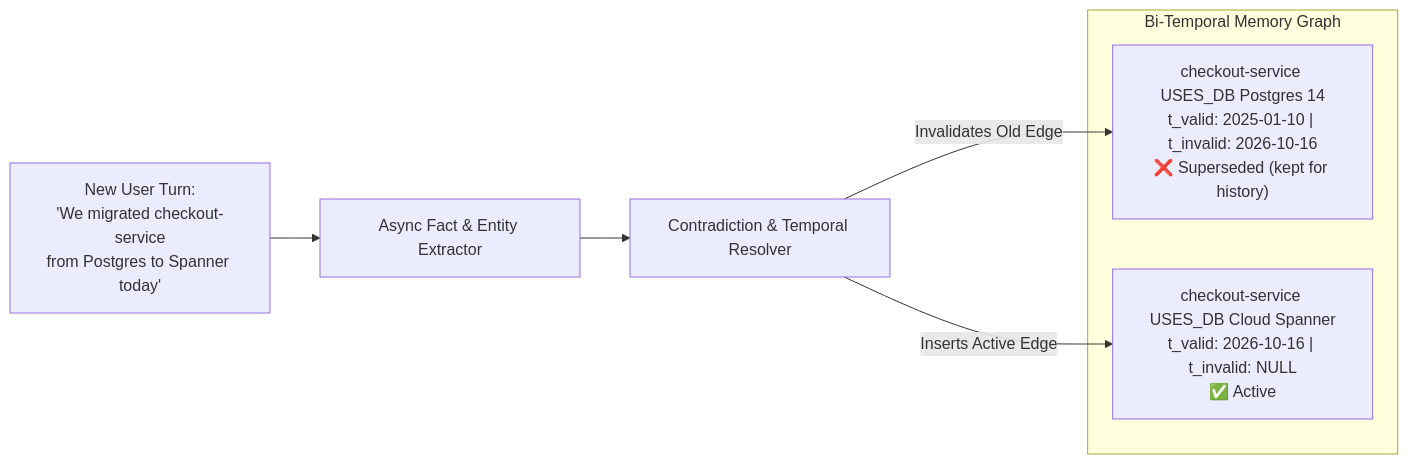
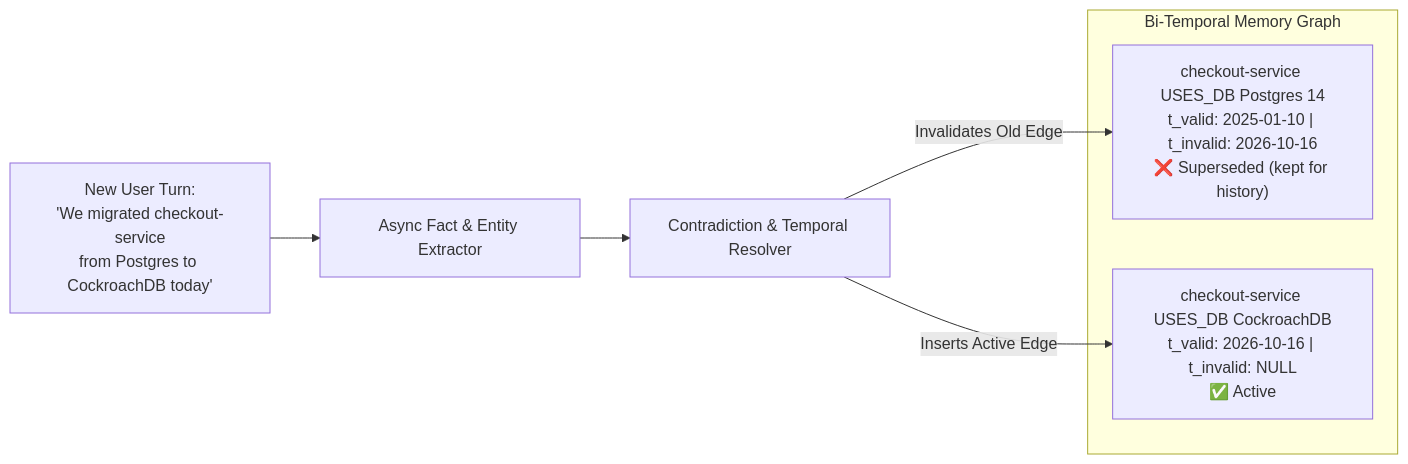
Before and after one commit to Rajdipc/agentic-ai-orchestration-patterns: the second of 2 diagrams in chapter-11-context-engineering-and-long-term-memory.md, drawn with Mermaid. The commit also changed other lines of this file and 18 other files, not shown here.

````diff
--- a/chapter-11-context-engineering-and-long-term-memory.md
+++ b/chapter-11-context-engineering-and-long-term-memory.md
@@ -166,13 +166,13 @@
 ```mermaid
 flowchart LR
-    Turn["New User Turn:<br/>'We migrated checkout-service<br/>from Postgres to Spanner today'"] --> Extractor["Async Fact & Entity Extractor"]
+    Turn["New User Turn:<br/>'We migrated checkout-service<br/>from Postgres to CockroachDB today'"] --> Extractor["Async Fact & Entity Extractor"]
     Extractor --> Resolver["Contradiction & Temporal Resolver"]
 
     subgraph TemporalKG["Bi-Temporal Memory Graph"]
         OldEdge["checkout-service USES_DB Postgres 14<br/>t_valid: 2025-01-10 | t_invalid: 2026-10-16<br/>❌ Superseded (kept for history)"]
-        NewEdge["checkout-service USES_DB Cloud Spanner<br/>t_valid: 2026-10-16 | t_invalid: NULL<br/>✅ Active"]
+        NewEdge["checkout-service USES_DB CockroachDB<br/>t_valid: 2026-10-16 | t_invalid: NULL<br/>✅ Active"]
     end
 
     Resolver -- "Invalidates Old Edge" --> OldEdge
     Resolver -- "Inserts Active Edge" --> NewEdge
 ```
````
